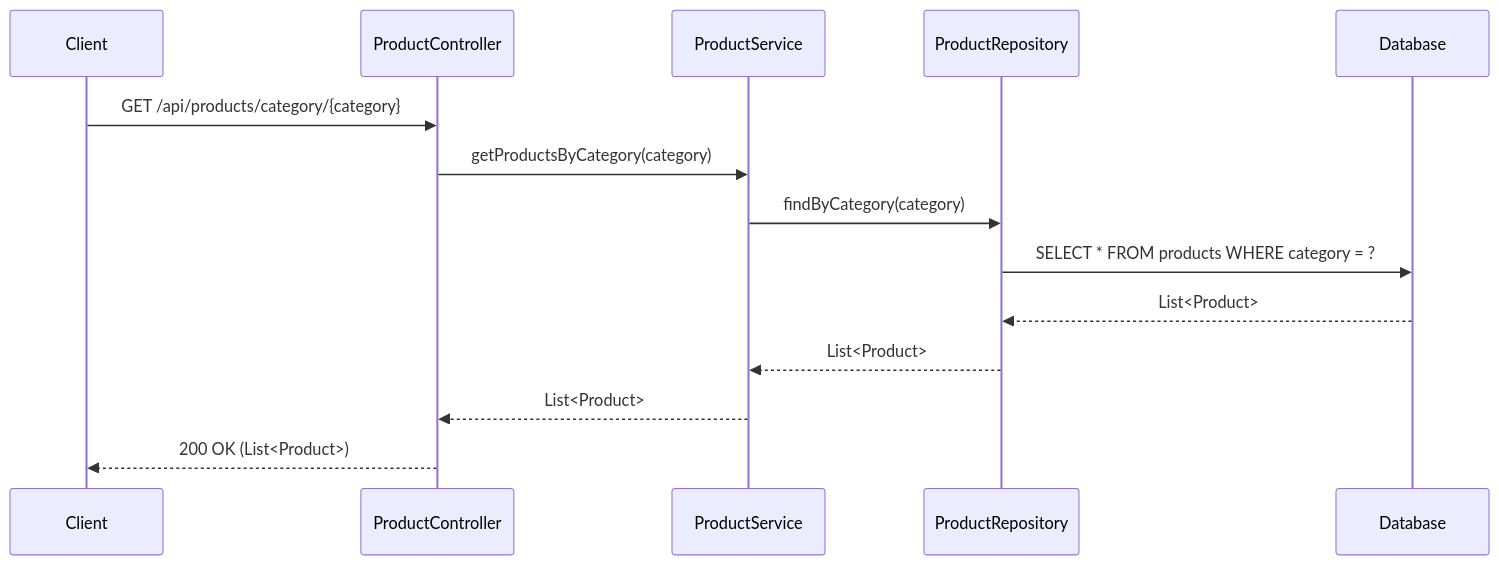
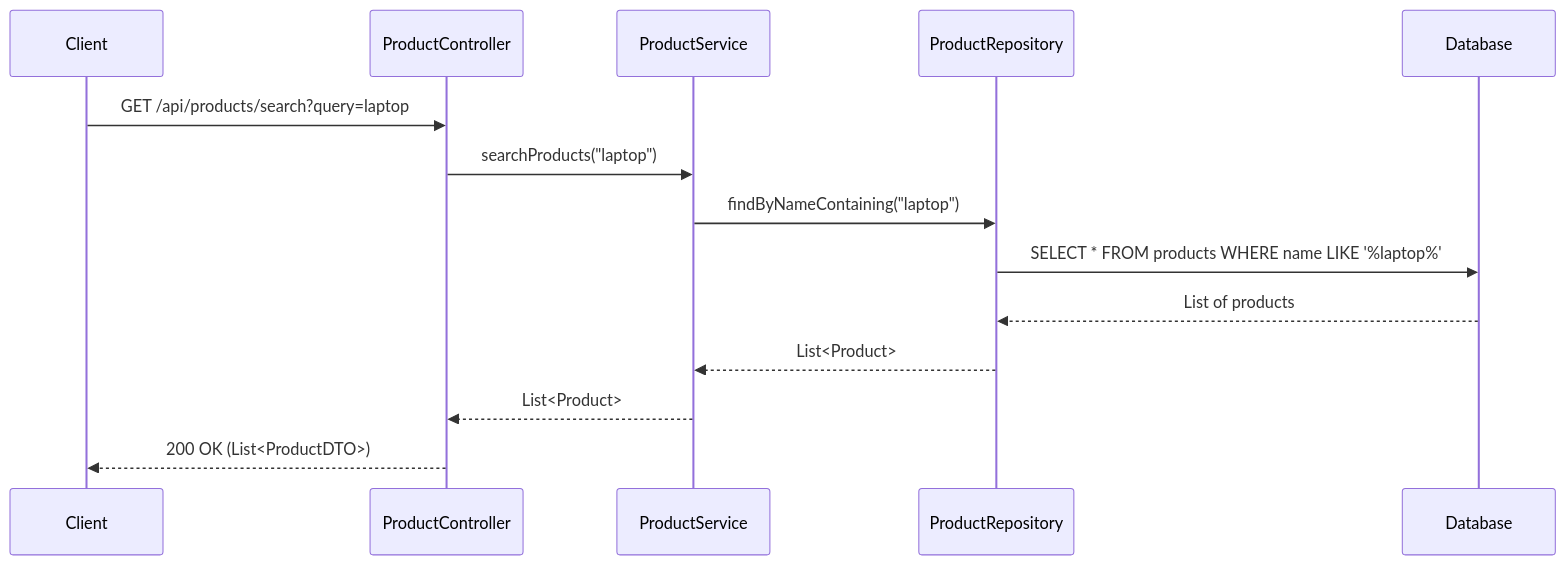
One commit to NavneetBN47/aava-ecom-demo changed the seventh of 13 diagrams in docs/LLD/modified_lld.md. Above: the diagram before and after it, drawn with Mermaid. The commit also changed other lines of this file, not shown here.

````diff
--- a/docs/LLD/modified_lld.md
+++ b/docs/LLD/modified_lld.md
@@ -348,17 +410,17 @@
 ```mermaid
 sequenceDiagram
     participant Client
     participant ProductController
     participant ProductService
     participant ProductRepository
     participant Database
 
-    Client->>ProductController: GET /api/products/category/{category}
-    ProductController->>ProductService: getProductsByCategory(category)
-    ProductService->>ProductRepository: findByCategory(category)
-    ProductRepository->>Database: SELECT * FROM products WHERE category = ?
-    Database-->>ProductRepository: List<Product>
+    Client->>ProductController: GET /api/products/search?query=laptop
+    ProductController->>ProductService: searchProducts("laptop")
+    ProductService->>ProductRepository: findByNameContaining("laptop")
+    ProductRepository->>Database: SELECT * FROM products WHERE name LIKE '%laptop%'
+    Database-->>ProductRepository: List of products
     ProductRepository-->>ProductService: List<Product>
     ProductService-->>ProductController: List<Product>
-    ProductController-->>Client: 200 OK (List<Product>)
+    ProductController-->>Client: 200 OK (List<ProductDTO>)
 ```
````
